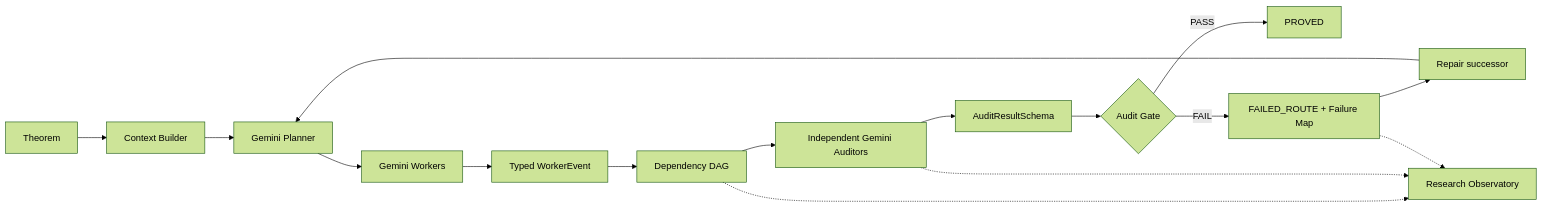
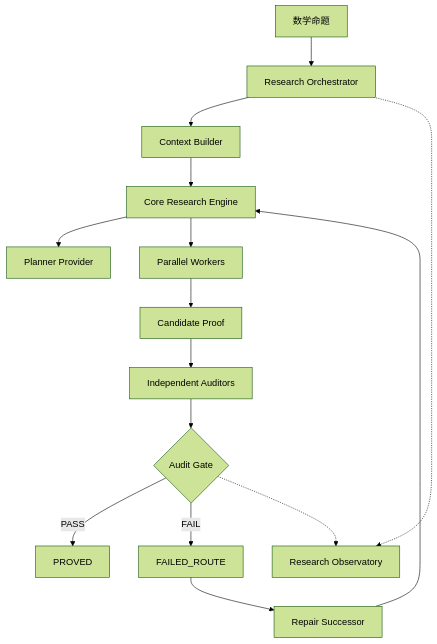
Before and after one commit to dongxuelian2/math-research-agent: the diagram in docs/ARCHITECTURE.md, drawn with Mermaid (forest theme). The commit also changed other lines of this file and 339 other files, not shown here.

````diff
--- a/docs/ARCHITECTURE.md
+++ b/docs/ARCHITECTURE.md
@@ -9,18 +5,17 @@
 ```mermaid
-flowchart LR
-  G[Theorem] --> C[Context Builder]
-  C --> P[Gemini Planner]
-  P --> W[Gemini Workers]
-  W --> T[Typed WorkerEvent]
-  T --> D[Dependency DAG]
-  D --> A[Independent Gemini Auditors]
-  A --> V[AuditResultSchema]
-  V --> GATE{Audit Gate}
-  GATE -->|PASS| OK[PROVED]
-  GATE -->|FAIL| F[FAILED_ROUTE + Failure Map]
-  F --> R[Repair successor]
-  R --> P
-  D -.-> UI[Research Observatory]
-  A -.-> UI
-  F -.-> UI
+flowchart TD
+  Q[数学命题] --> R[Research Orchestrator]
+  R --> C[Context Builder]
+  C --> E[Core Research Engine]
+  E --> P[Planner Provider]
+  E --> W[Parallel Workers]
+  W --> CP[Candidate Proof]
+  CP --> A[Independent Auditors]
+  A --> G{Audit Gate}
+  G -->|PASS| T[PROVED]
+  G -->|FAIL| F[FAILED_ROUTE]
+  F --> S[Repair Successor]
+  S --> E
+  R -.-> O[Research Observatory]
+  G -.-> O
 ```
````
